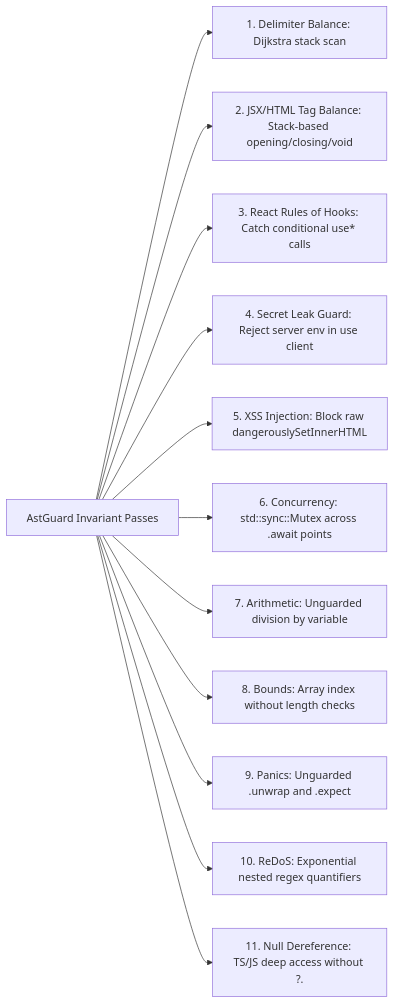
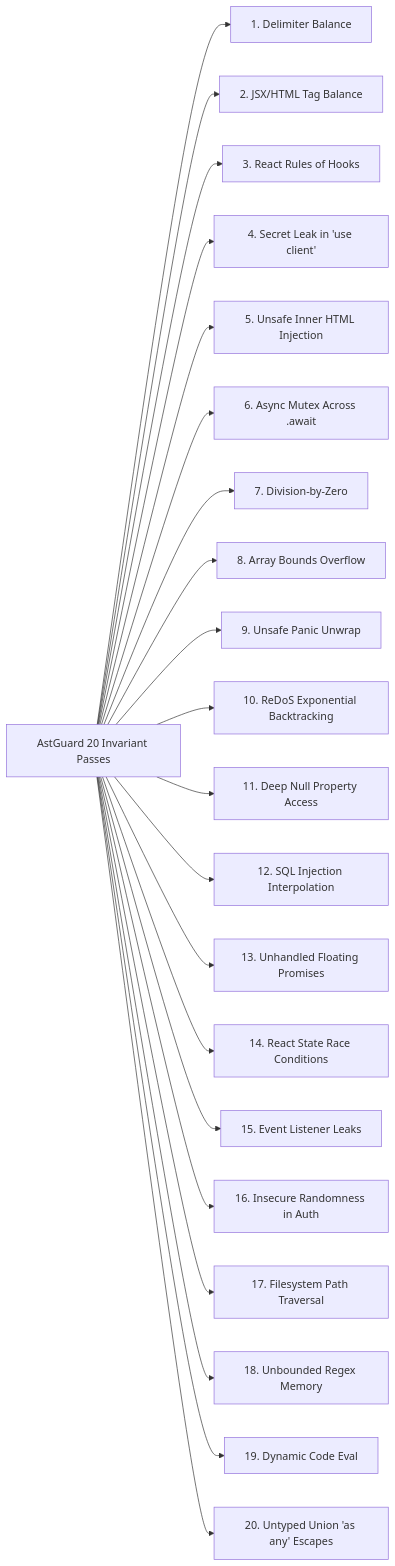
Before and after one commit to ahmadshady747-create/LOCUS: the second of 2 diagrams in README.md, drawn with Mermaid. The commit also changed other lines of this file and 78 other files, not shown here.

````diff
--- a/README.md
+++ b/README.md
@@ -121,14 +120,23 @@
 ```mermaid
 graph LR
-    A[AstGuard Invariant Passes] --> B[1. Delimiter Balance: Dijkstra stack scan]
-    A --> C[2. JSX/HTML Tag Balance: Stack-based opening/closing/void]
-    A --> D[3. React Rules of Hooks: Catch conditional use* calls]
-    A --> E[4. Secret Leak Guard: Reject server env in use client]
-    A --> F[5. XSS Injection: Block raw dangerouslySetInnerHTML]
-    A --> G[6. Concurrency: std::sync::Mutex across .await points]
-    A --> H[7. Arithmetic: Unguarded division by variable]
-    A --> I[8. Bounds: Array index without length checks]
-    A --> J[9. Panics: Unguarded .unwrap and .expect]
-    A --> K[10. ReDoS: Exponential nested regex quantifiers]
-    A --> L[11. Null Dereference: TS/JS deep access without ?.]
+    A[AstGuard 20 Invariant Passes] --> B[1. Delimiter Balance]
+    A --> C[2. JSX/HTML Tag Balance]
+    A --> D[3. React Rules of Hooks]
+    A --> E[4. Secret Leak in 'use client']
+    A --> F[5. Unsafe Inner HTML Injection]
+    A --> G[6. Async Mutex Across .await]
+    A --> H[7. Division-by-Zero]
+    A --> I[8. Array Bounds Overflow]
+    A --> J[9. Unsafe Panic Unwrap]
+    A --> K[10. ReDoS Exponential Backtracking]
+    A --> L[11. Deep Null Property Access]
+    A --> M[12. SQL Injection Interpolation]
+    A --> N[13. Unhandled Floating Promises]
+    A --> O[14. React State Race Conditions]
+    A --> P[15. Event Listener Leaks]
+    A --> Q[16. Insecure Randomness in Auth]
+    A --> R[17. Filesystem Path Traversal]
+    A --> S[18. Unbounded Regex Memory]
+    A --> T[19. Dynamic Code Eval]
+    A --> U[20. Untyped Union 'as any' Escapes]
 ```
````
